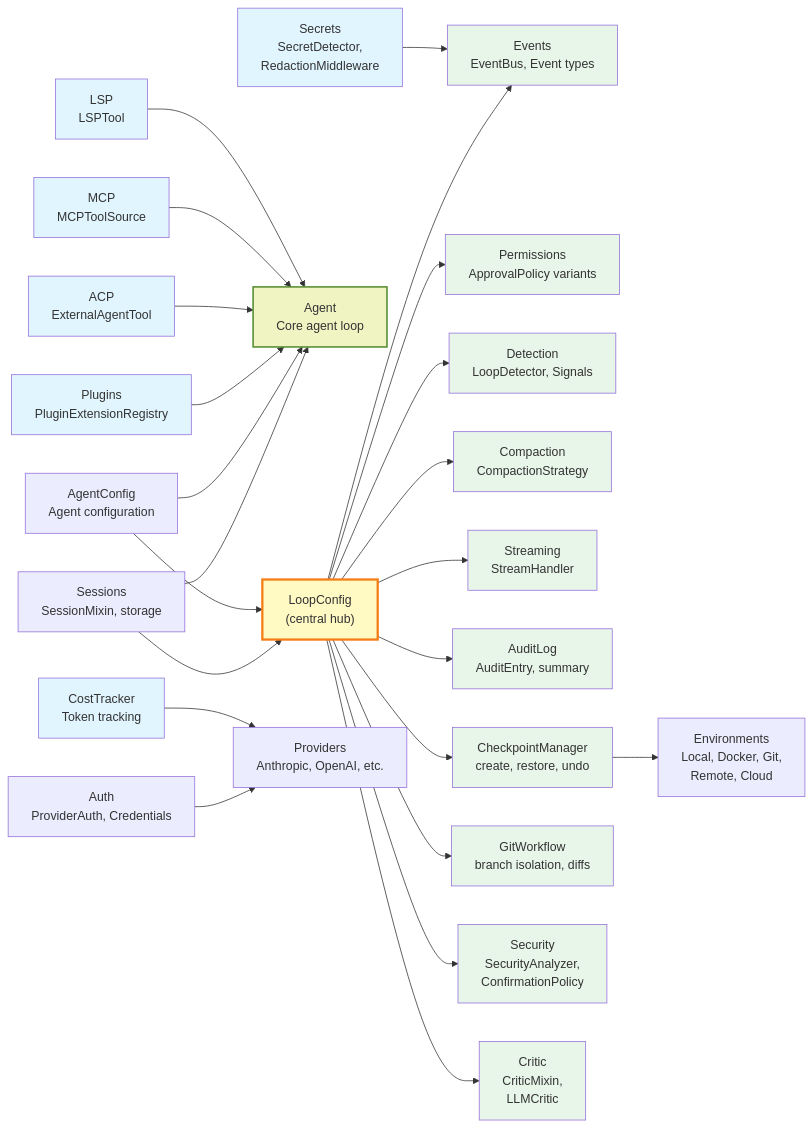
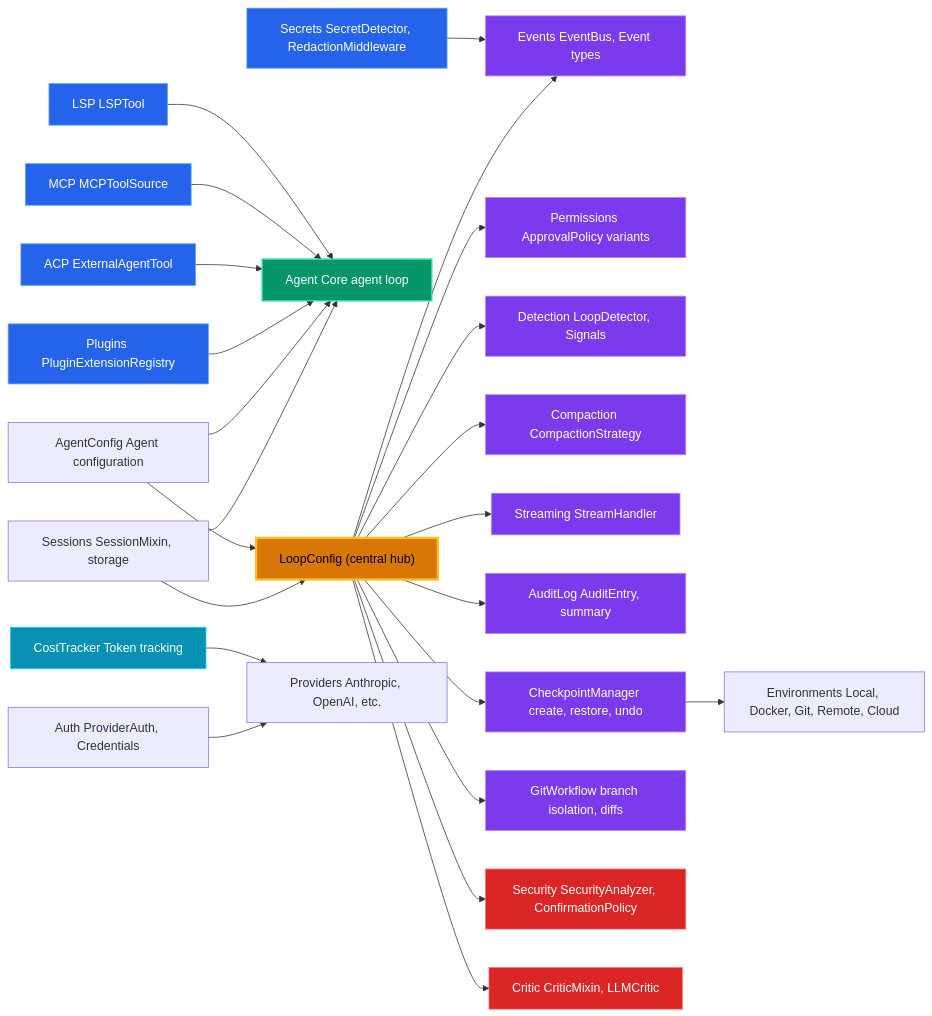
Before and after one commit to 0bserver07/chimera: the third of 4 diagrams in site/src/content/docs/architecture.md, drawn with Mermaid. The commit also changed other lines of this file and 45 other files, not shown here.

First line of the commit message:
docs: fix docs site — mermaid rendering, dark colors, broken links, model names

````diff
--- a/site/src/content/docs/architecture.md
+++ b/site/src/content/docs/architecture.md
@@ -254,76 +282,76 @@
 ```mermaid
 graph LR
-    LoopConfig["LoopConfig<br/>(central hub)"]
+    LoopConfig["LoopConfig (central hub)"]
 
-    Events["Events<br/>EventBus, Event types"]
-    Permissions["Permissions<br/>ApprovalPolicy variants"]
-    Detection["Detection<br/>LoopDetector, Signals"]
-    Compaction["Compaction<br/>CompactionStrategy"]
-    Streaming["Streaming<br/>StreamHandler"]
-    AuditLog["AuditLog<br/>AuditEntry, summary"]
-    CheckpointMgr["CheckpointManager<br/>create, restore, undo"]
-    GitWorkflow["GitWorkflow<br/>branch isolation, diffs"]
-    SecurityMod["Security<br/>SecurityAnalyzer,<br/>ConfirmationPolicy"]
-    CriticMod["Critic<br/>CriticMixin,<br/>LLMCritic"]
+    Events["Events EventBus, Event types"]
+    Permissions["Permissions ApprovalPolicy variants"]
+    Detection["Detection LoopDetector, Signals"]
+    Compaction["Compaction CompactionStrategy"]
+    Streaming["Streaming StreamHandler"]
+    AuditLog["AuditLog AuditEntry, summary"]
+    CheckpointMgr["CheckpointManager create, restore, undo"]
+    GitWorkflow["GitWorkflow branch isolation, diffs"]
+    SecurityMod["Security SecurityAnalyzer, ConfirmationPolicy"]
+    CriticMod["Critic CriticMixin, LLMCritic"]
 
-    Sessions["Sessions<br/>SessionMixin, storage"]
-    Auth["Auth<br/>ProviderAuth, Credentials"]
-    AgentConfig["AgentConfig<br/>Agent configuration"]
+    Sessions["Sessions SessionMixin, storage"]
+    Auth["Auth ProviderAuth, Credentials"]
+    AgentConfig["AgentConfig Agent configuration"]
 
-    Agent["Agent<br/>Core agent loop"]
+    Agent["Agent Core agent loop"]
 
-    Secrets["Secrets<br/>SecretDetector,<br/>RedactionMiddleware"]
-    Plugins["Plugins<br/>PluginExtensionRegistry"]
-    ACPMod["ACP<br/>ExternalAgentTool"]
-    MCPMod["MCP<br/>MCPToolSource"]
-    LSPMod["LSP<br/>LSPTool"]
-    CostTracker["CostTracker<br/>Token tracking"]
+    Secrets["Secrets SecretDetector, RedactionMiddleware"]
+    Plugins["Plugins PluginExtensionRegistry"]
+    ACPMod["ACP ExternalAgentTool"]
+    MCPMod["MCP MCPToolSource"]
+    LSPMod["LSP LSPTool"]
+    CostTracker["CostTracker Token tracking"]
 
     LoopConfig --> Events
     LoopConfig --> Permissions
     LoopConfig --> Detection
     LoopConfig --> Compaction
     LoopConfig --> Streaming
     LoopConfig --> AuditLog
     LoopConfig --> CheckpointMgr
     LoopConfig --> GitWorkflow
     LoopConfig --> SecurityMod
     LoopConfig --> CriticMod
 
     Secrets --> Events
 
     Sessions --> LoopConfig
     Sessions --> Agent
 
-    Auth --> Providers["Providers<br/>Anthropic, OpenAI, etc."]
+    Auth --> Providers["Providers Anthropic, OpenAI, etc."]
     CostTracker --> Providers
 
     AgentConfig --> Agent
     AgentConfig --> LoopConfig
 
     Plugins --> Agent
     ACPMod --> Agent
     MCPMod --> Agent
     LSPMod --> Agent
 
-    CheckpointMgr --> Environments["Environments<br/>Local, Docker, Git,<br/>Remote, Cloud"]
+    CheckpointMgr --> Environments["Environments Local, Docker, Git, Remote, Cloud"]
 
-    style LoopConfig fill:#fff9c4,stroke:#f57f17,stroke-width:3px
-    style Agent fill:#f0f4c3,stroke:#558b2f,stroke-width:2px
-    style Events fill:#e8f5e9
-    style Permissions fill:#e8f5e9
-    style Detection fill:#e8f5e9
-    style Compaction fill:#e8f5e9
-    style Streaming fill:#e8f5e9
-    style AuditLog fill:#e8f5e9
-    style CheckpointMgr fill:#e8f5e9
-    style GitWorkflow fill:#e8f5e9
-    style SecurityMod fill:#e8f5e9
-    style CriticMod fill:#e8f5e9
-    style Secrets fill:#e1f5fe
-    style Plugins fill:#e1f5fe
-    style ACPMod fill:#e1f5fe
-    style MCPMod fill:#e1f5fe
-    style LSPMod fill:#e1f5fe
-    style CostTracker fill:#e1f5fe
+    style LoopConfig fill:#d97706,stroke:#fbbf24,color:#000,stroke-width:3px
+    style Agent fill:#059669,stroke:#34d399,color:#fff,stroke-width:2px
+    style Events fill:#7c3aed,stroke:#a78bfa,color:#fff
+    style Permissions fill:#7c3aed,stroke:#a78bfa,color:#fff
+    style Detection fill:#7c3aed,stroke:#a78bfa,color:#fff
+    style Compaction fill:#7c3aed,stroke:#a78bfa,color:#fff
+    style Streaming fill:#7c3aed,stroke:#a78bfa,color:#fff
+    style AuditLog fill:#7c3aed,stroke:#a78bfa,color:#fff
+    style CheckpointMgr fill:#7c3aed,stroke:#a78bfa,color:#fff
+    style GitWorkflow fill:#7c3aed,stroke:#a78bfa,color:#fff
+    style SecurityMod fill:#dc2626,stroke:#f87171,color:#fff
+    style CriticMod fill:#dc2626,stroke:#f87171,color:#fff
+    style Secrets fill:#2563eb,stroke:#60a5fa,color:#fff
+    style Plugins fill:#2563eb,stroke:#60a5fa,color:#fff
+    style ACPMod fill:#2563eb,stroke:#60a5fa,color:#fff
+    style MCPMod fill:#2563eb,stroke:#60a5fa,color:#fff
+    style LSPMod fill:#2563eb,stroke:#60a5fa,color:#fff
+    style CostTracker fill:#0891b2,stroke:#22d3ee,color:#fff
 ```
````
